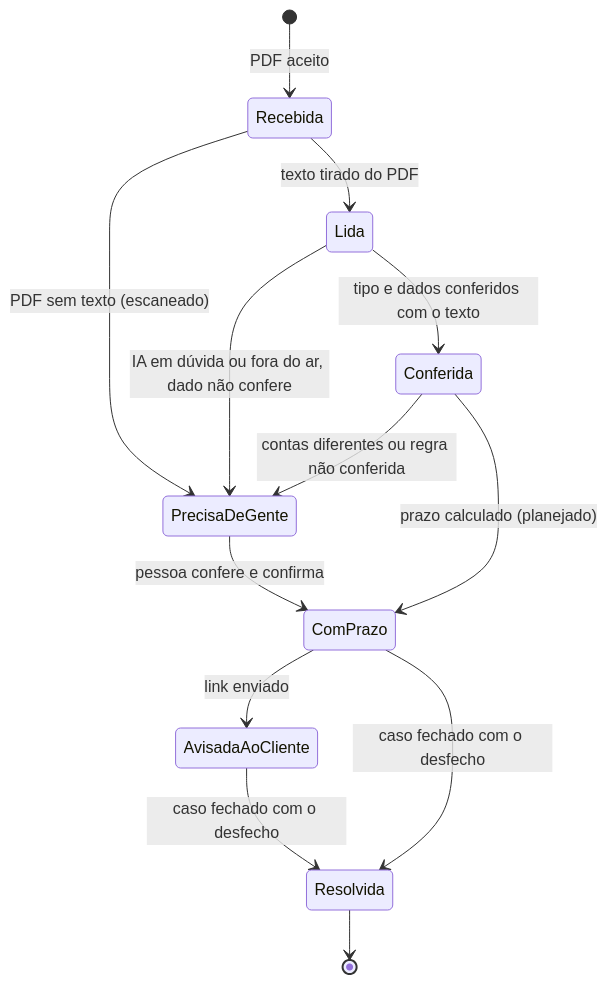
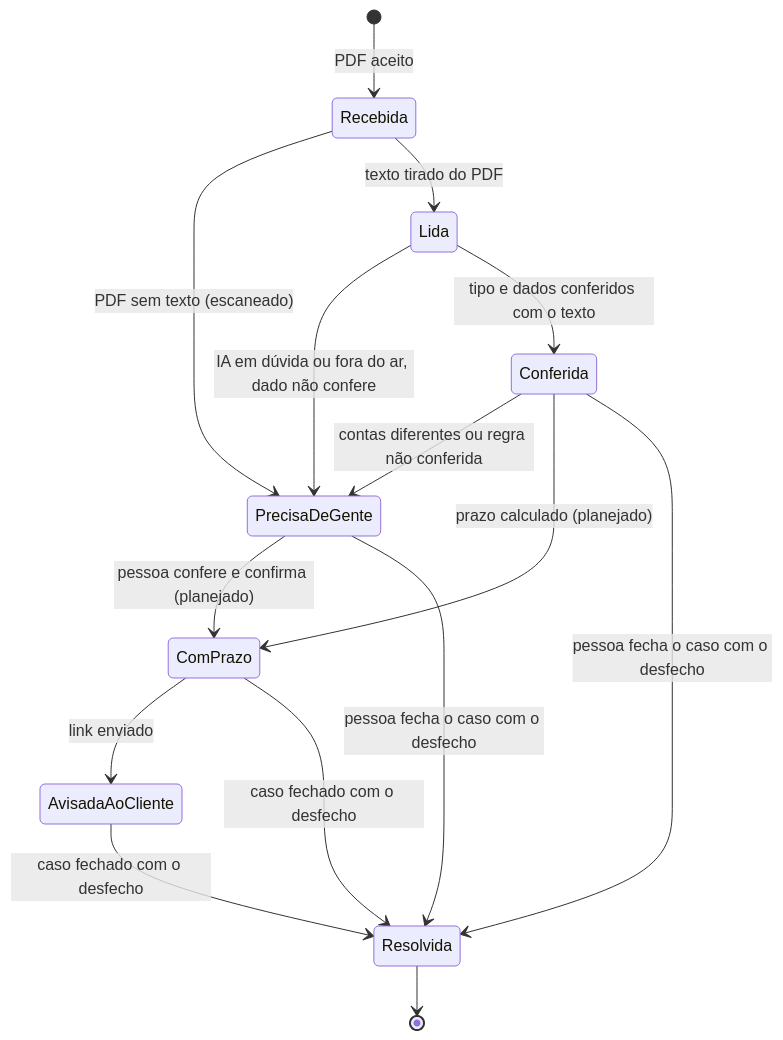
Before and after one commit to namtech-agents/atalaia: the fifth of 5 diagrams in docs/04-arquitetura/arquitetura.md, drawn with Mermaid. The commit also changed other lines of this file and 1 other file, not shown here.

Commit message:
docs: painel, resolver, cabeçalhos de segurança e a migração V4 nos diagramas (#142)

````diff
--- a/docs/04-arquitetura/arquitetura.md
+++ b/docs/04-arquitetura/arquitetura.md
@@ -280,15 +284,17 @@
 ```mermaid
 stateDiagram-v2
     [*] --> Recebida: PDF aceito
     Recebida --> PrecisaDeGente: PDF sem texto (escaneado)
     Recebida --> Lida: texto tirado do PDF
     Lida --> PrecisaDeGente: IA em dúvida ou fora do ar, dado não confere
     Lida --> Conferida: tipo e dados conferidos com o texto
     Conferida --> PrecisaDeGente: contas diferentes ou regra não conferida
     Conferida --> ComPrazo: prazo calculado (planejado)
-    PrecisaDeGente --> ComPrazo: pessoa confere e confirma
+    PrecisaDeGente --> ComPrazo: pessoa confere e confirma (planejado)
+    PrecisaDeGente --> Resolvida: pessoa fecha o caso com o desfecho
+    Conferida --> Resolvida: pessoa fecha o caso com o desfecho
     ComPrazo --> AvisadaAoCliente: link enviado
     AvisadaAoCliente --> Resolvida: caso fechado com o desfecho
     ComPrazo --> Resolvida: caso fechado com o desfecho
     Resolvida --> [*]
 ```
````
